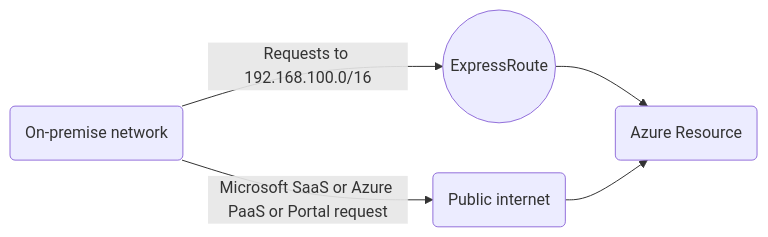
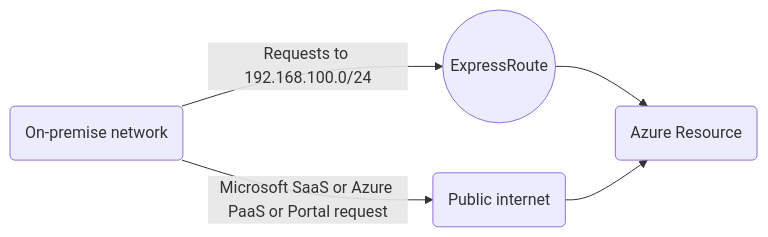
One commit to bigtoga/Examples changed the second of 6 diagrams in Cloud - Azure/Azure Virtual Networks/ExpressRoute and S2S VPN.md. Above: the diagram before and after it, drawn with Mermaid. The commit also changed other lines of this file, not shown here.

Commit message:
Update ExpressRoute and S2S VPN.md

````diff
--- a/Cloud - Azure/Azure Virtual Networks/ExpressRoute and S2S VPN.md
+++ b/Cloud - Azure/Azure Virtual Networks/ExpressRoute and S2S VPN.md
@@ -84,7 +84,7 @@
 ```mermaid
 graph LR
-    A(On-premise network) -- Requests to 192.168.100.0/16 --> B((ExpressRoute))
+    A(On-premise network) -- Requests to 192.168.100.0/24 --> B((ExpressRoute))
     B --> C(Azure Resource)
     A -- Microsoft SaaS or Azure PaaS or Portal request --> E(Public internet)
     E --> C
 ```    
````
